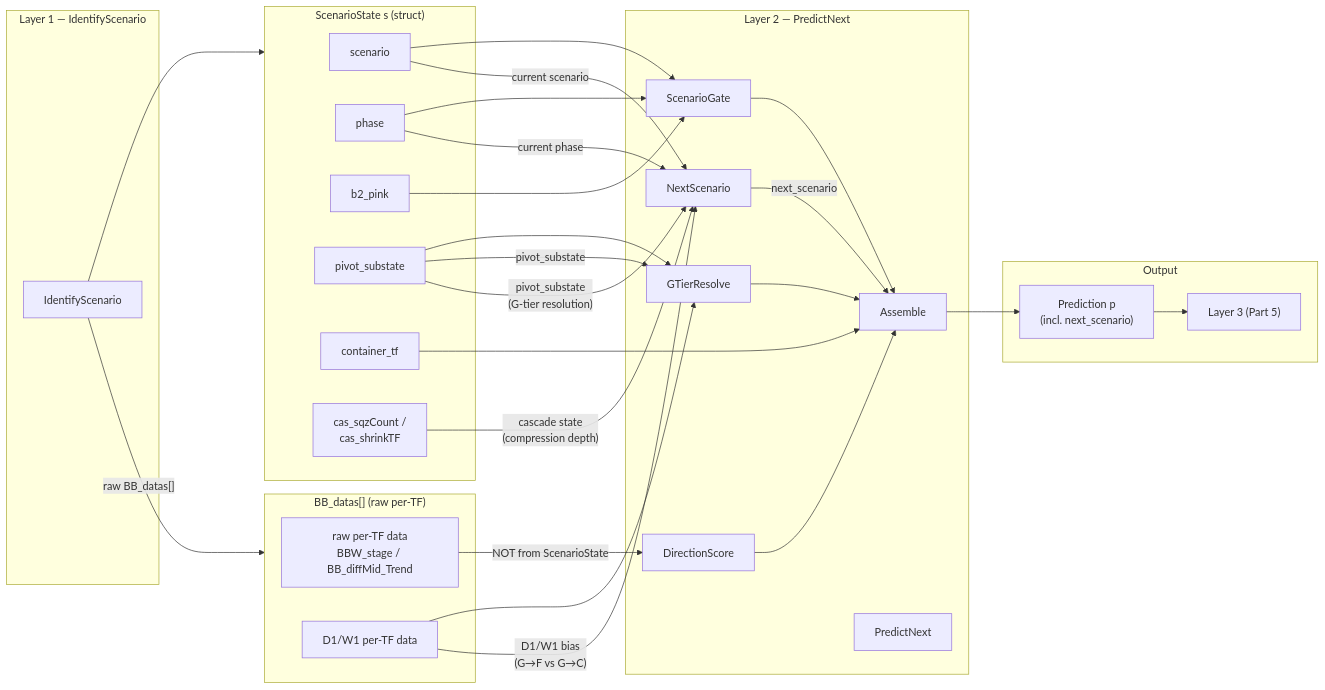
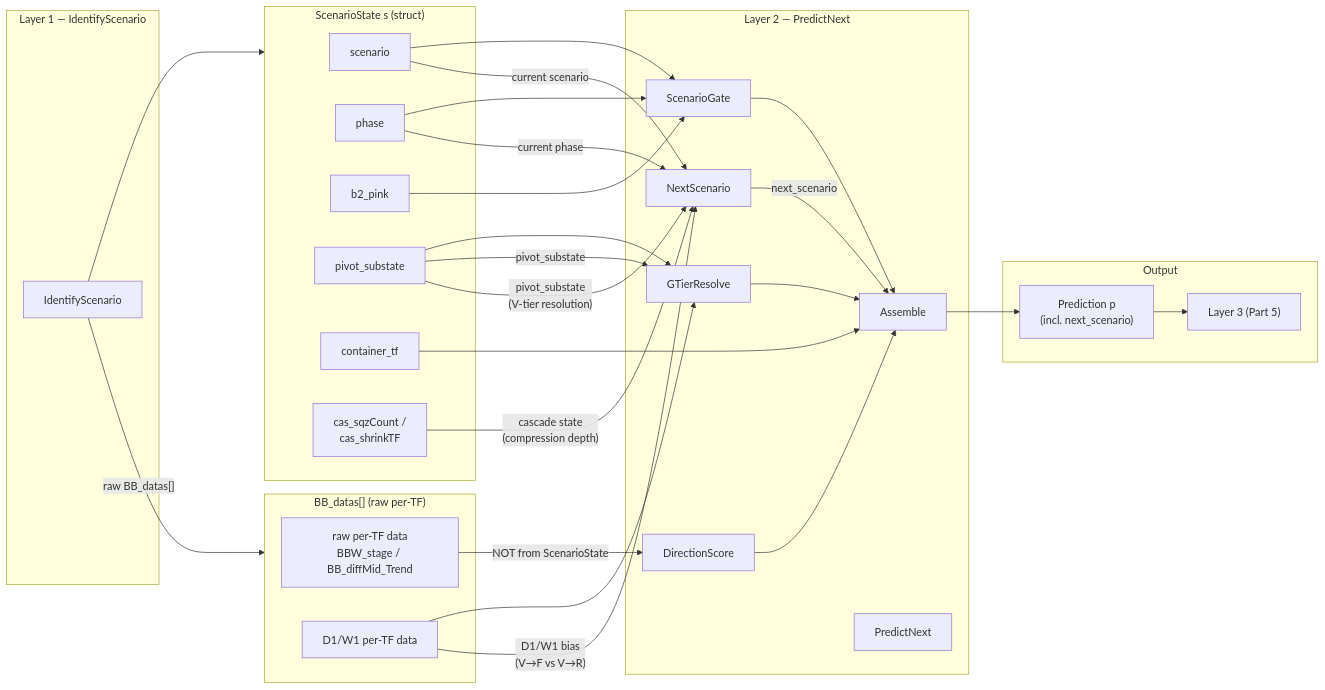
Before and after one commit to Terrypang89/BB_MTF_M15_STRATEGY: the fifth of 19 diagrams in references/ARCHITECTURE.md, drawn with Mermaid. The commit also changed other lines of this file and 12 other files, not shown here.

````diff
--- a/references/ARCHITECTURE.md
+++ b/references/ARCHITECTURE.md
@@ -349,56 +349,56 @@
 ```mermaid
 flowchart LR
     subgraph L1["Layer 1 — IdentifyScenario"]
         ID["IdentifyScenario"]
     end
 
     subgraph SS["ScenarioState s (struct)"]
         sc["scenario"]
         ph["phase"]
         b2["b2_pink"]
         piv["pivot_substate"]
         ct["container_tf"]
         cas["cas_sqzCount /<br/>cas_shrinkTF"]
     end
 
     subgraph BB["BB_datas[] (raw per-TF)"]
         raw["raw per-TF data<br/>BBW_stage / BB_diffMid_Trend"]
         d1w1["D1/W1 per-TF data"]
     end
 
     subgraph L2["Layer 2 — PredictNext"]
         SG["ScenarioGate"]
         DS["DirectionScore"]
         GTR["GTierResolve"]
         NS["NextScenario"]
         ASM["Assemble"]
         PNX["PredictNext"]
     end
 
     subgraph OUT["Output"]
         PRED["Prediction p<br/>(incl. next_scenario)"]
         L3["Layer 3 (Part 5)"]
     end
 
     ID --> SS
     ID -->|"raw BB_datas[]"| BB
     sc --> SG
     ph --> SG
     b2 --> SG
     piv --> GTR
     ct --> ASM
     raw -->|"NOT from ScenarioState"| DS
     d1w1 --> GTR
     piv -->|"pivot_substate"| GTR
     sc -->|"current scenario"| NS
     ph -->|"current phase"| NS
     cas -->|"cascade state<br/>(compression depth)"| NS
-    piv -->|"pivot_substate<br/>(G-tier resolution)"| NS
-    d1w1 -->|"D1/W1 bias<br/>(G→F vs G→C)"| NS
+    piv -->|"pivot_substate<br/>(V-tier resolution)"| NS
+    d1w1 -->|"D1/W1 bias<br/>(V→F vs V→R)"| NS
     SG --> ASM
     DS --> ASM
     GTR --> ASM
     NS -->|"next_scenario"| ASM
     ASM --> PRED
     PRED --> L3
 ```
````
